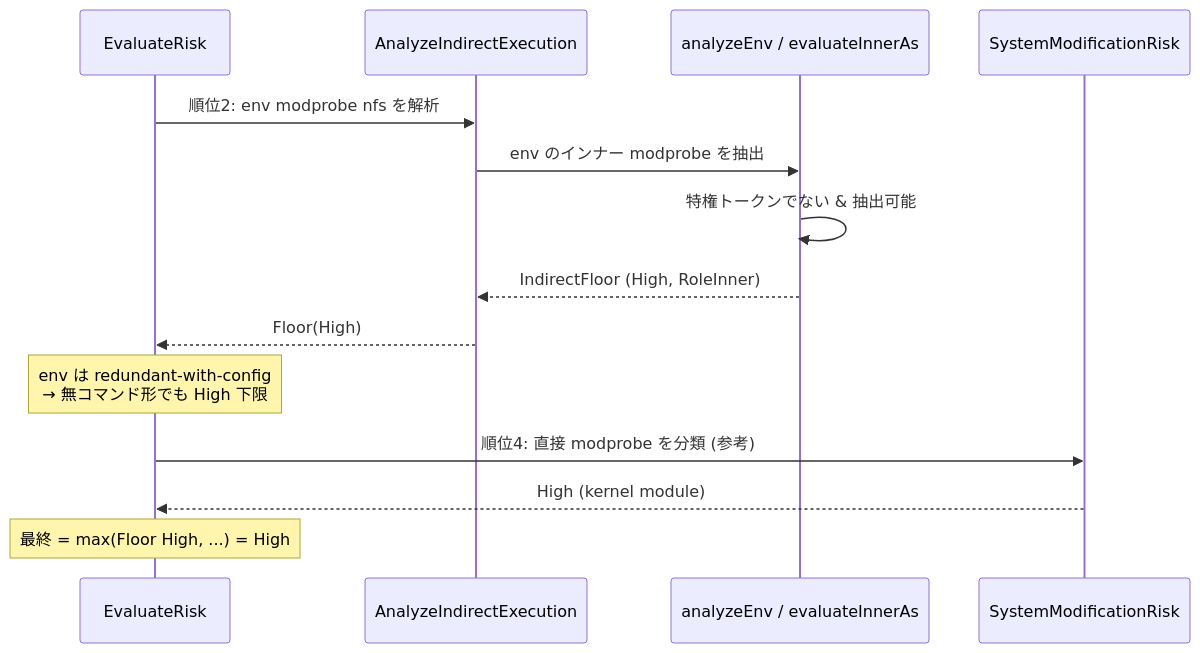
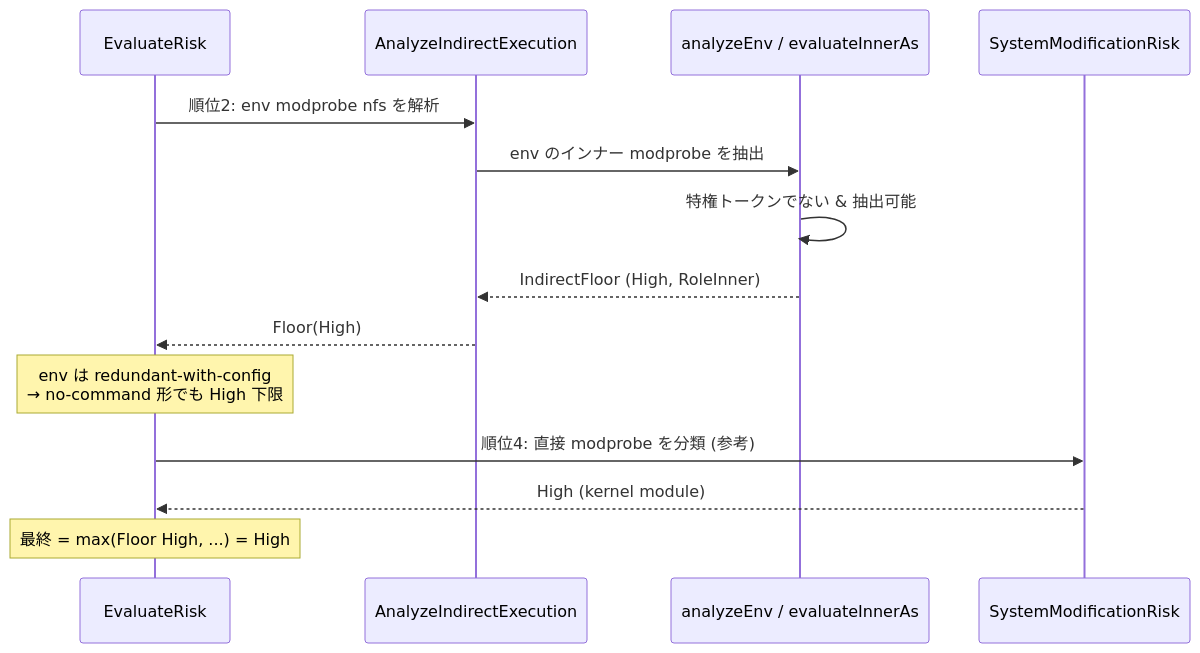
One commit to isseis/go-safe-cmd-runner changed the third of 5 diagrams in docs/tasks/0141_axis1_fixed_class_risk/02_architecture.md. Above: the diagram before and after it, drawn with Mermaid. The commit also changed other lines of this file, not shown here.

````diff
--- a/docs/tasks/0141_axis1_fixed_class_risk/02_architecture.md
+++ b/docs/tasks/0141_axis1_fixed_class_risk/02_architecture.md
@@ -169,17 +169,17 @@
 ```mermaid
 sequenceDiagram
     participant E as EvaluateRisk
     participant A as AnalyzeIndirectExecution
     participant W as analyzeEnv / evaluateInnerAs
     participant S as SystemModificationRisk
 
     E->>A: 順位2: env modprobe nfs を解析
     A->>W: env のインナー modprobe を抽出
     W->>W: 特権トークンでない & 抽出可能
     W-->>A: IndirectFloor (High, RoleInner)
     A-->>E: Floor(High)
-    Note over E: env は redundant-with-config<br>→ 無コマンド形でも High 下限
+    Note over E: env は redundant-with-config<br>→ no-command 形でも High 下限
     E->>S: 順位4: 直接 modprobe を分類 (参考)
     S-->>E: High (kernel module)
     Note over E: 最終 = max(Floor High, ...) = High
 ```
````
